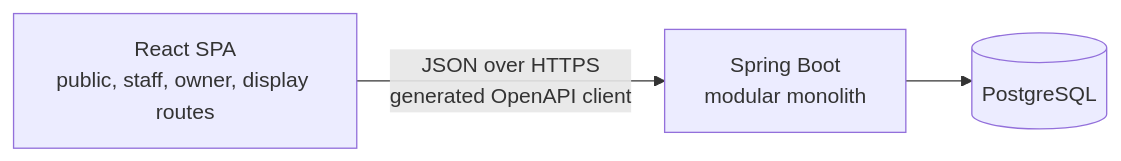
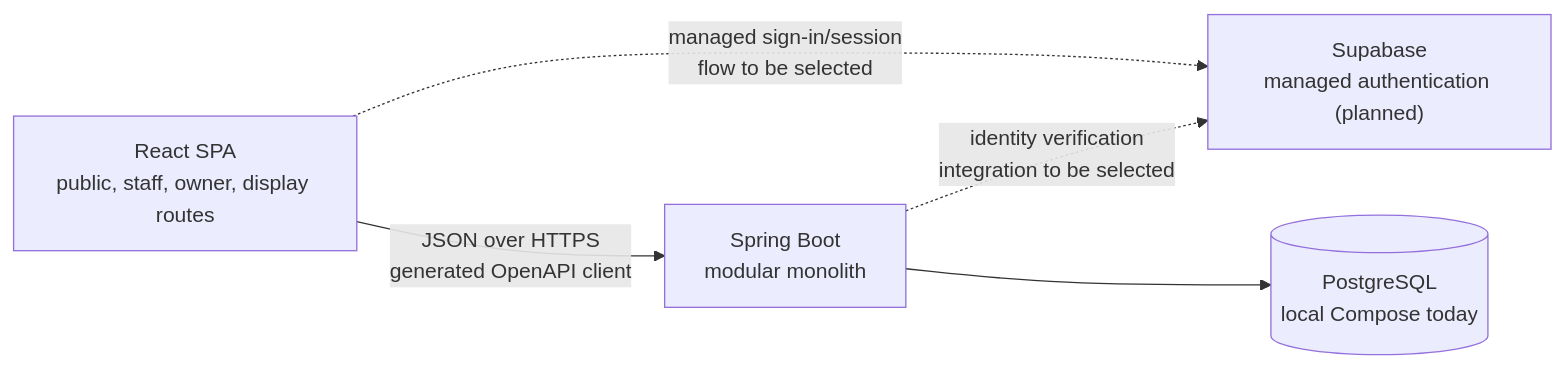
One commit to Cyrus-Krispin/bubble-tea-shop changed the diagram in docs/architecture/overview.md. Above: the diagram before and after it, drawn with Mermaid. The commit also changed other lines of this file and 11 other files, not shown here.

Commit message:
Adopt Supabase managed service direction

````diff
--- a/docs/architecture/overview.md
+++ b/docs/architecture/overview.md
@@ -7,9 +7,12 @@
 ```mermaid
 flowchart LR
     UI["React SPA<br/>public, staff, owner, display routes"]
     API["Spring Boot<br/>modular monolith"]
-    DB[("PostgreSQL")]
+    AUTH["Supabase<br/>managed authentication (planned)"]
+    DB[("PostgreSQL<br/>local Compose today")]
 
     UI -->|"JSON over HTTPS<br/>generated OpenAPI client"| API
+    UI -.->|"managed sign-in/session<br/>flow to be selected"| AUTH
+    API -.->|"identity verification<br/>integration to be selected"| AUTH
     API --> DB
 ```
````
